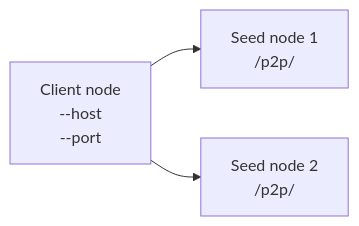
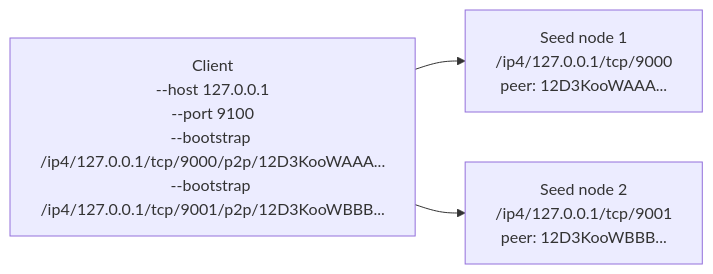
One commit to jetpen/decent-registry changed the second of 2 diagrams in docs/provider-put-get-examples.md. Above: the diagram before and after it, drawn with Mermaid. The commit also changed other lines of this file and 1 other file, not shown here.

Commit message:
docs: refine Mermaid diagrams with concrete bootstrap values and client-side label ownership (closes #60)

````diff
--- a/docs/provider-put-get-examples.md
+++ b/docs/provider-put-get-examples.md
@@ -67,5 +67,5 @@
 ```mermaid
 graph LR
-  Client["Client node\n--host <HOST>\n--port <CLIENT_PORT>"] --> Seed1["Seed node 1\n<SEED1_LISTEN_MULTIADDR>/p2p/<SEED1_PEERID>"]
-  Client --> Seed2["Seed node 2\n<SEED2_LISTEN_MULTIADDR>/p2p/<SEED2_PEERID>"]
+  Client["Client\n--host 127.0.0.1\n--port 9100\n--bootstrap /ip4/127.0.0.1/tcp/9000/p2p/12D3KooWAAA...\n--bootstrap /ip4/127.0.0.1/tcp/9001/p2p/12D3KooWBBB..."] --> Seed1["Seed node 1\n/ip4/127.0.0.1/tcp/9000\npeer: 12D3KooWAAA..."]
+  Client --> Seed2["Seed node 2\n/ip4/127.0.0.1/tcp/9001\npeer: 12D3KooWBBB..."]
 ```
````
